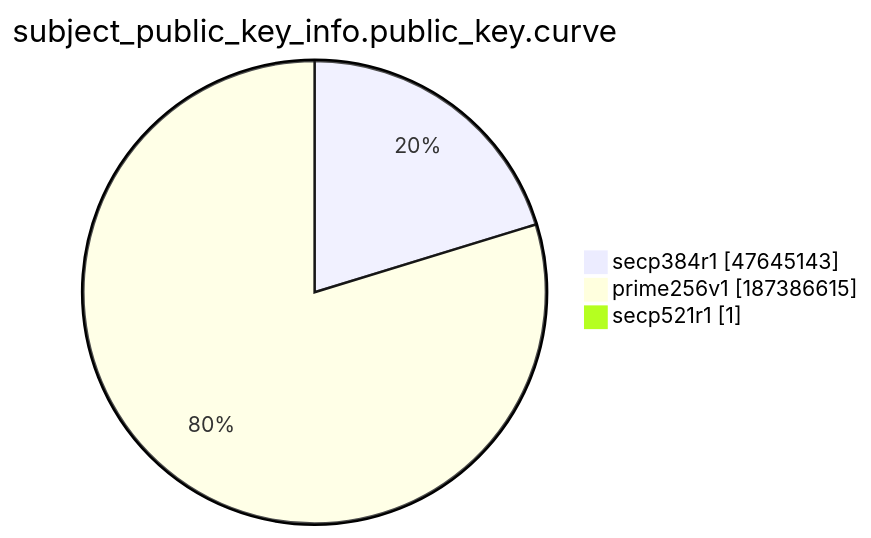
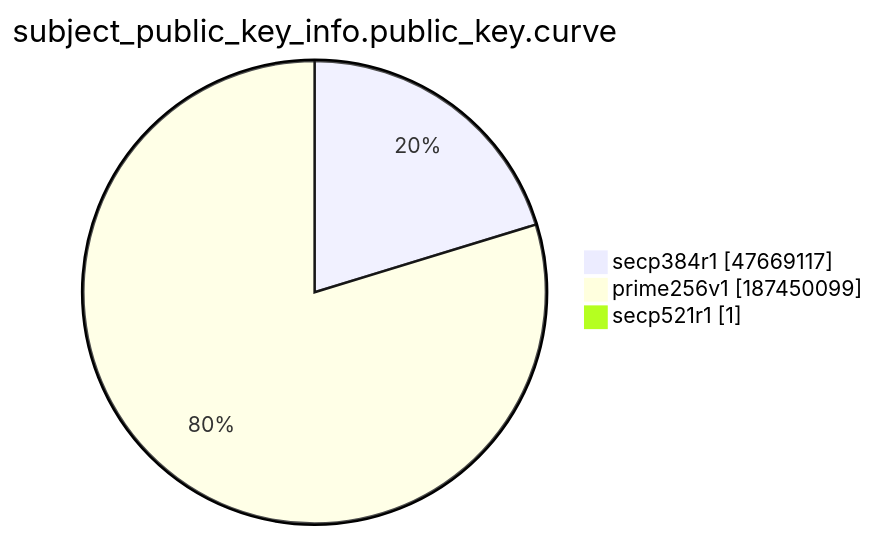
One commit to christiankrug/ctmonitor_visualization changed the ninth of 15 diagrams in xenon2022/README.md. Above: the diagram before and after it, drawn with Mermaid. The commit also changed other lines of this file, not shown here.

````diff
--- a/xenon2022/README.md
+++ b/xenon2022/README.md
@@ -2874,7 +2874,7 @@
 ```mermaid
 pie showData
 title subject_public_key_info.public_key.curve
-"secp384r1" :47645143
-"prime256v1" :187386615
+"secp384r1" :47669117
+"prime256v1" :187450099
 "secp521r1" :1
 ```
````
